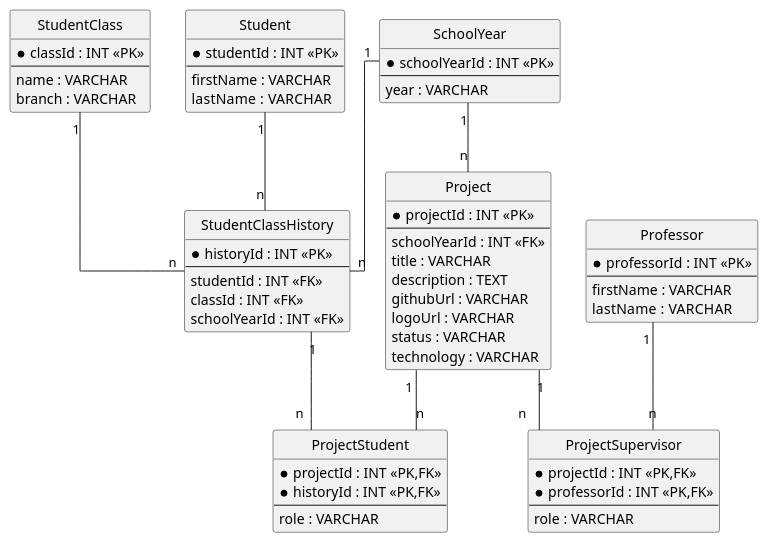
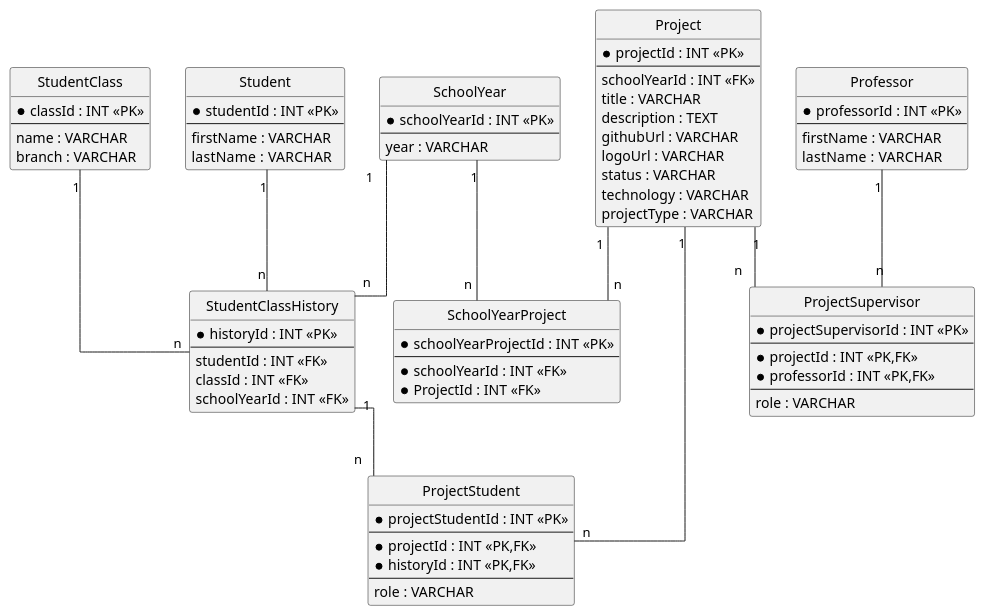
One commit to 252627-BHIF-SYP/Projekt-Managment changed the diagram in datamodel.puml. Above: the diagram before and after it, drawn with PlantUML. The commit also changed 44 other files, not shown here.

```diff
--- a/datamodel.puml
+++ b/datamodel.puml
@@ -1,78 +1,91 @@
 @startuml
 hide circle
 skinparam linetype ortho
 skinparam shadowing false
 
 entity "SchoolYear" as SchoolYear {
   * schoolYearId : INT <<PK>>
   --
   year : VARCHAR
+}
+
+entity "SchoolYearProject" as SchoolYearProject {
+  * schoolYearProjectId : INT <<PK>>
+  --
+ * schoolYearId : INT <<FK>>
+ * ProjectId : INT <<FK>>
 }
 
 entity "StudentClass" as Class {
   * classId : INT <<PK>>
   --
   name : VARCHAR
   branch : VARCHAR
 }
 
 entity "Student" as Student {
   * studentId : INT <<PK>>
   --
   firstName : VARCHAR
   lastName  : VARCHAR
 }
 
 entity "Professor" as Professor {
   * professorId : INT <<PK>>
   --
   firstName : VARCHAR
   lastName  : VARCHAR
 }
 
 entity "StudentClassHistory" as StudentClassHistory {
   * historyId : INT <<PK>>
   --
   studentId : INT <<FK>>
   classId : INT <<FK>>
   schoolYearId : INT <<FK>>
 }
 
 entity "Project" as Project {
   * projectId : INT <<PK>>
   --
   schoolYearId : INT <<FK>>
   title : VARCHAR
   description : TEXT
   githubUrl : VARCHAR
   logoUrl : VARCHAR
   status : VARCHAR
   technology : VARCHAR
+  projectType : VARCHAR
 }
 
 entity "ProjectStudent" as ProjectStudent {
+  * projectStudentId : INT <<PK>>
+  --
   * projectId : INT <<PK,FK>>
   * historyId : INT <<PK,FK>>
   --
   role : VARCHAR
 }
 
 entity "ProjectSupervisor" as ProjectSupervisor {
+  * projectSupervisorId : INT <<PK>>
+  --
   * projectId : INT <<PK,FK>>
   * professorId : INT <<PK,FK>>
   --
   role : VARCHAR
 }
 
 SchoolYear "1" -- "n" StudentClassHistory
 Class      "1" -- "n" StudentClassHistory
 Student    "1" -- "n" StudentClassHistory
 
-SchoolYear "1" -- "n" Project
+Project "1" -- "n" SchoolYearProject
+SchoolYear "1" -- "n" SchoolYearProject
 
 Project              "1" -- "n" ProjectStudent
 StudentClassHistory  "1" -- "n" ProjectStudent
 
 Project    "1" -- "n" ProjectSupervisor
 Professor  "1" -- "n" ProjectSupervisor
 @enduml
```
